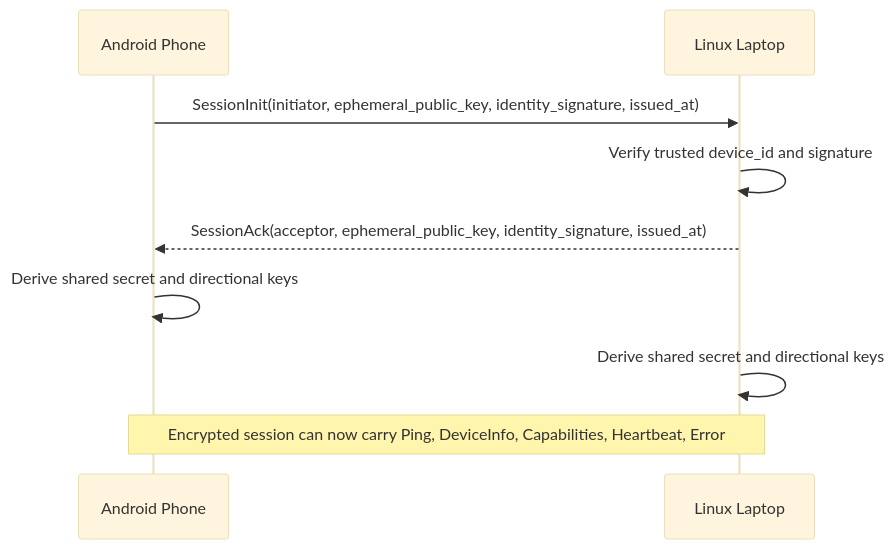
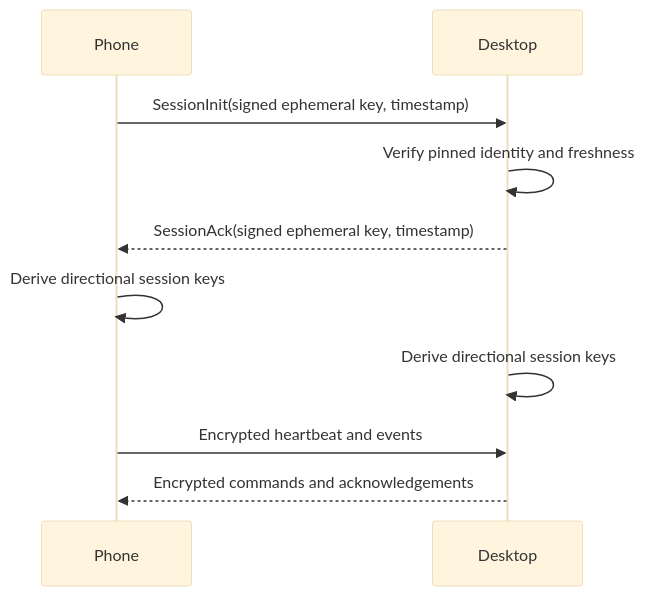
The second of 4 diagrams in protocol/docs/packet_flow.md (ROSHAN-basyal/Linkable), drawn with Mermaid (base theme) before and after one commit. The commit also changed other lines of this file and 63 other files, not shown here.

````diff
--- a/protocol/docs/packet_flow.md
+++ b/protocol/docs/packet_flow.md
@@ -69,12 +22,12 @@
 ```mermaid
 sequenceDiagram
-    participant Phone as Android Phone
-    participant Laptop as Linux Laptop
-
-    Phone->>Laptop: SessionInit(initiator, ephemeral_public_key, identity_signature, issued_at)
-    Laptop->>Laptop: Verify trusted device_id and signature
-    Laptop-->>Phone: SessionAck(acceptor, ephemeral_public_key, identity_signature, issued_at)
-    Phone->>Phone: Derive shared secret and directional keys
-    Laptop->>Laptop: Derive shared secret and directional keys
-    Note over Phone,Laptop: Encrypted session can now carry Ping, DeviceInfo, Capabilities, Heartbeat, Error
+    participant Phone
+    participant Desktop
+    Phone->>Desktop: SessionInit(signed ephemeral key, timestamp)
+    Desktop->>Desktop: Verify pinned identity and freshness
+    Desktop-->>Phone: SessionAck(signed ephemeral key, timestamp)
+    Phone->>Phone: Derive directional session keys
+    Desktop->>Desktop: Derive directional session keys
+    Phone->>Desktop: Encrypted heartbeat and events
+    Desktop-->>Phone: Encrypted commands and acknowledgements
 ```
````
